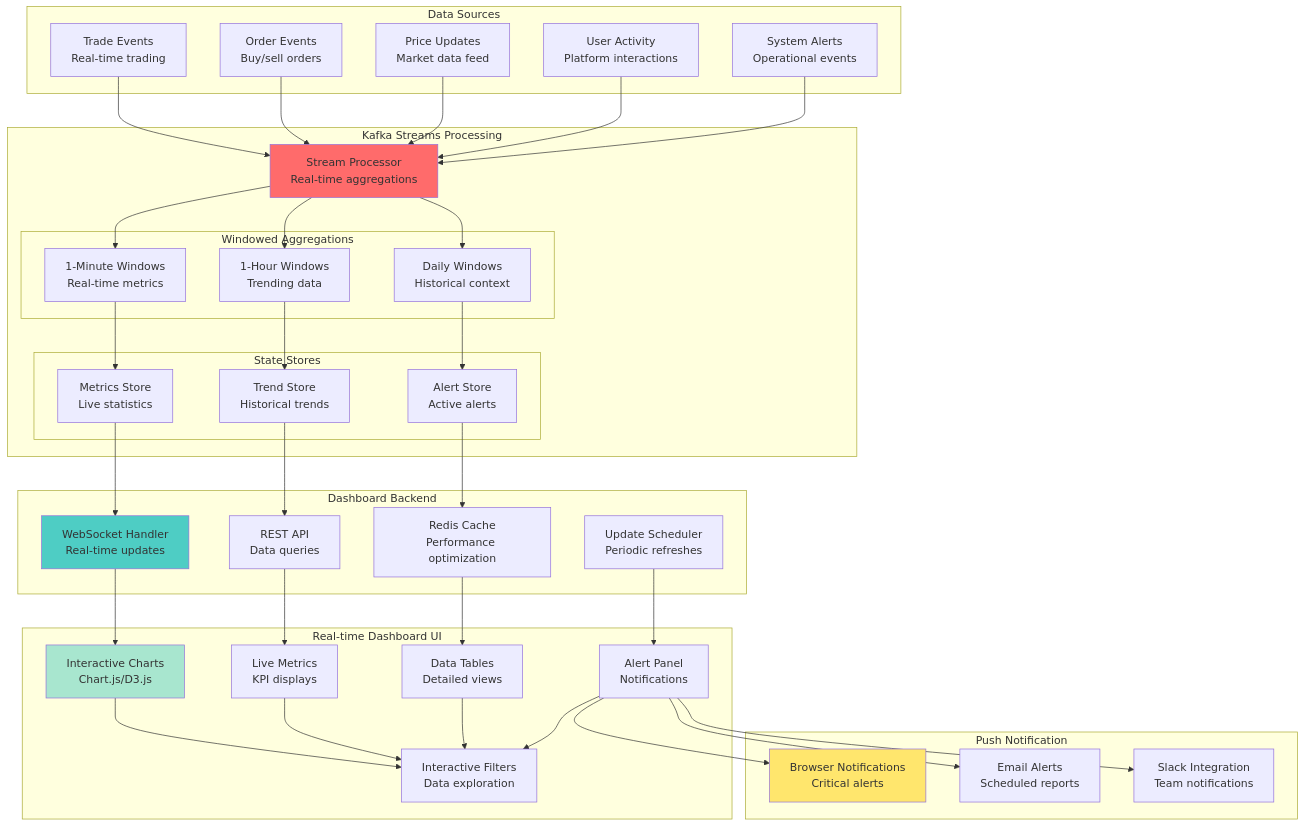
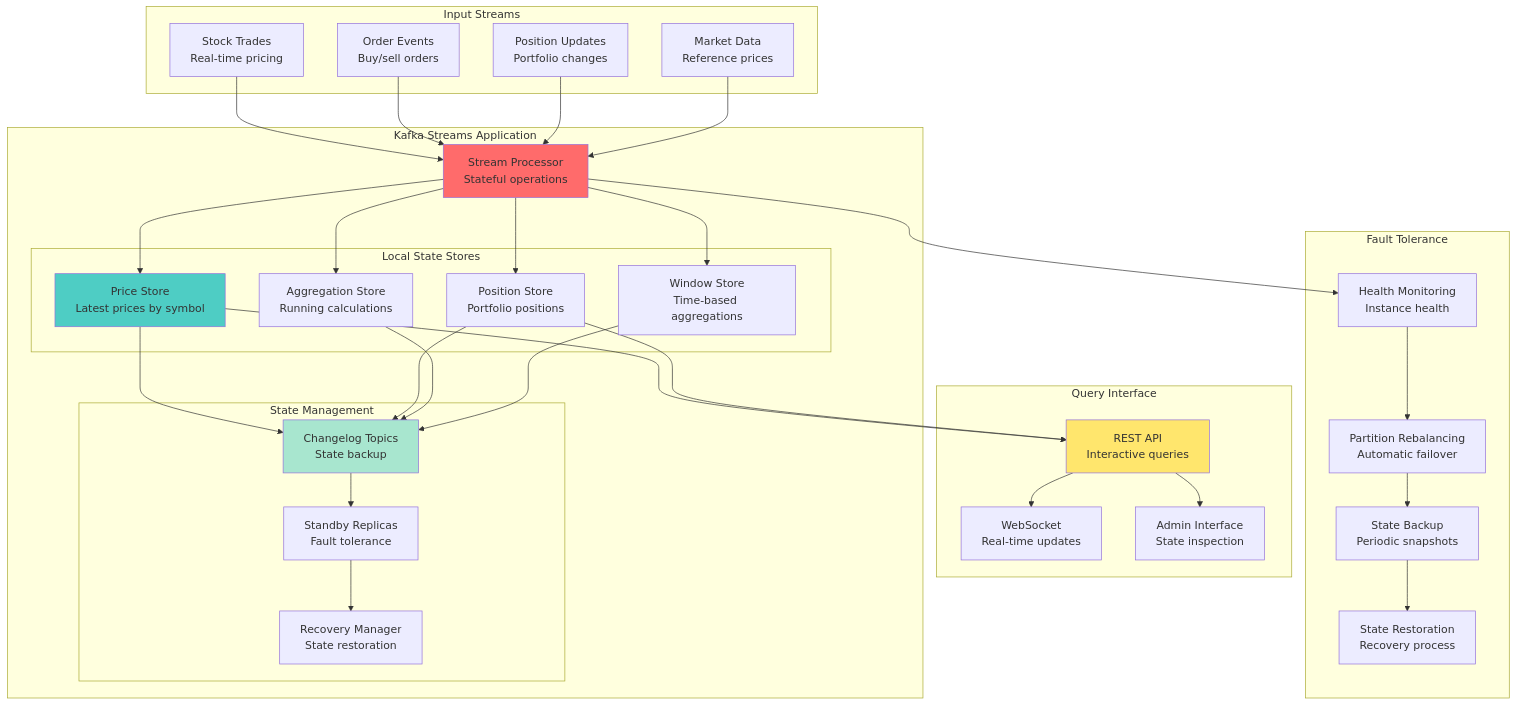
The first of 2 diagrams in class/workshop/lesson_17/README.md (vorrawut/KafkaStarter), drawn with Mermaid before and after one commit. The commit also changed other lines of this file and 204 other files, not shown here.

````diff
--- a/class/workshop/lesson_17/README.md
+++ b/class/workshop/lesson_17/README.md
@@ -24,84 +24,72 @@
 ```mermaid
 graph TB
-    subgraph "Data Sources"
-        TRADES[Trade Events<br/>Real-time trading]
+    subgraph "Input Streams"
+        TRADES[Stock Trades<br/>Real-time pricing]
         ORDERS[Order Events<br/>Buy/sell orders]
-        PRICES[Price Updates<br/>Market data feed]
-        USERS[User Activity<br/>Platform interactions]
-        ALERTS[System Alerts<br/>Operational events]
+        POSITIONS[Position Updates<br/>Portfolio changes]
+        MARKET[Market Data<br/>Reference prices]
     end
     
-    subgraph "Kafka Streams Processing"
-        PROCESSOR[Stream Processor<br/>Real-time aggregations]
+    subgraph "Kafka Streams Application"
+        PROCESSOR[Stream Processor<br/>Stateful operations]
         
-        subgraph "Windowed Aggregations"
-            MINUTE_AGG[1-Minute Windows<br/>Real-time metrics]
-            HOUR_AGG[1-Hour Windows<br/>Trending data]
-            DAILY_AGG[Daily Windows<br/>Historical context]
+        subgraph "Local State Stores"
+            PRICE_STORE[Price Store<br/>Latest prices by symbol]
+            POSITION_STORE[Position Store<br/>Portfolio positions]
+            AGGREGATION_STORE[Aggregation Store<br/>Running calculations]
+            WINDOW_STORE[Window Store<br/>Time-based aggregations]
         end
         
-        subgraph "State Stores"
-            METRICS_STORE[Metrics Store<br/>Live statistics]
-            TREND_STORE[Trend Store<br/>Historical trends]
-            ALERT_STORE[Alert Store<br/>Active alerts]
+        subgraph "State Management"
+            CHANGELOG[Changelog Topics<br/>State backup]
+            STANDBY[Standby Replicas<br/>Fault tolerance]
+            RECOVERY[Recovery Manager<br/>State restoration]
         end
     end
     
-    subgraph "Dashboard Backend"
-        WEBSOCKET[WebSocket Handler<br/>Real-time updates]
-        REST_API[REST API<br/>Data queries]
-        CACHE[Redis Cache<br/>Performance optimization]
-        SCHEDULER[Update Scheduler<br/>Periodic refreshes]
+    subgraph "Query Interface"
+        REST_API[REST API<br/>Interactive queries]
+        WEBSOCKET[WebSocket<br/>Real-time updates]
+        ADMIN[Admin Interface<br/>State inspection]
     end
     
-    subgraph "Real-time Dashboard UI"
-        CHARTS[Interactive Charts<br/>Chart.js/D3.js]
-        METRICS[Live Metrics<br/>KPI displays]
-        TABLES[Data Tables<br/>Detailed views]
-        ALERTS_UI[Alert Panel<br/>Notifications]
-        FILTERS[Interactive Filters<br/>Data exploration]
-    end
-    
-    subgraph "Push Notification"
-        BROWSER[Browser Notifications<br/>Critical alerts]
-        EMAIL[Email Alerts<br/>Scheduled reports]
-        SLACK[Slack Integration<br/>Team notifications]
+    subgraph "Fault Tolerance"
+        MONITORING[Health Monitoring<br/>Instance health]
+        REBALANCING[Partition Rebalancing<br/>Automatic failover]
+        BACKUP[State Backup<br/>Periodic snapshots]
+        RESTORE[State Restoration<br/>Recovery process]
     end
     
     TRADES --> PROCESSOR
     ORDERS --> PROCESSOR
-    PRICES --> PROCESSOR
-    USERS --> PROCESSOR
-    ALERTS --> PROCESSOR
+    POSITIONS --> PROCESSOR
+    MARKET --> PROCESSOR
     
-    PROCESSOR --> MINUTE_AGG
-    PROCESSOR --> HOUR_AGG
-    PROCESSOR --> DAILY_AGG
+    PROCESSOR --> PRICE_STORE
+    PROCESSOR --> POSITION_STORE
+    PROCESSOR --> AGGREGATION_STORE
+    PROCESSOR --> WINDOW_STORE
     
-    MINUTE_AGG --> METRICS_STORE
-    HOUR_AGG --> TREND_STORE
-    DAILY_AGG --> ALERT_STORE
+    PRICE_STORE --> CHANGELOG
+    POSITION_STORE --> CHANGELOG
+    AGGREGATION_STORE --> CHANGELOG
+    WINDOW_STORE --> CHANGELOG
     
-    METRICS_STORE --> WEBSOCKET
-    TREND_STORE --> REST_API
-    ALERT_STORE --> CACHE
+    CHANGELOG --> STANDBY
+    STANDBY --> RECOVERY
     
-    WEBSOCKET --> CHARTS
-    REST_API --> METRICS
-    CACHE --> TABLES
-    SCHEDULER --> ALERTS_UI
+    PRICE_STORE --> REST_API
+    POSITION_STORE --> REST_API
+    REST_API --> WEBSOCKET
+    REST_API --> ADMIN
     
-    CHARTS --> FILTERS
-    METRICS --> FILTERS
-    TABLES --> FILTERS
-    ALERTS_UI --> FILTERS
-    
-    ALERTS_UI --> BROWSER
-    ALERTS_UI --> EMAIL
-    ALERTS_UI --> SLACK
+    PROCESSOR --> MONITORING
+    MONITORING --> REBALANCING
+    REBALANCING --> BACKUP
+    BACKUP --> RESTORE
     
     style PROCESSOR fill:#ff6b6b
-    style WEBSOCKET fill:#4ecdc4
-    style CHARTS fill:#a8e6cf
-    style BROWSER fill:#ffe66d
+    style PRICE_STORE fill:#4ecdc4
+    style CHANGELOG fill:#a8e6cf
+    style REST_API fill:#ffe66d
 ```
````
